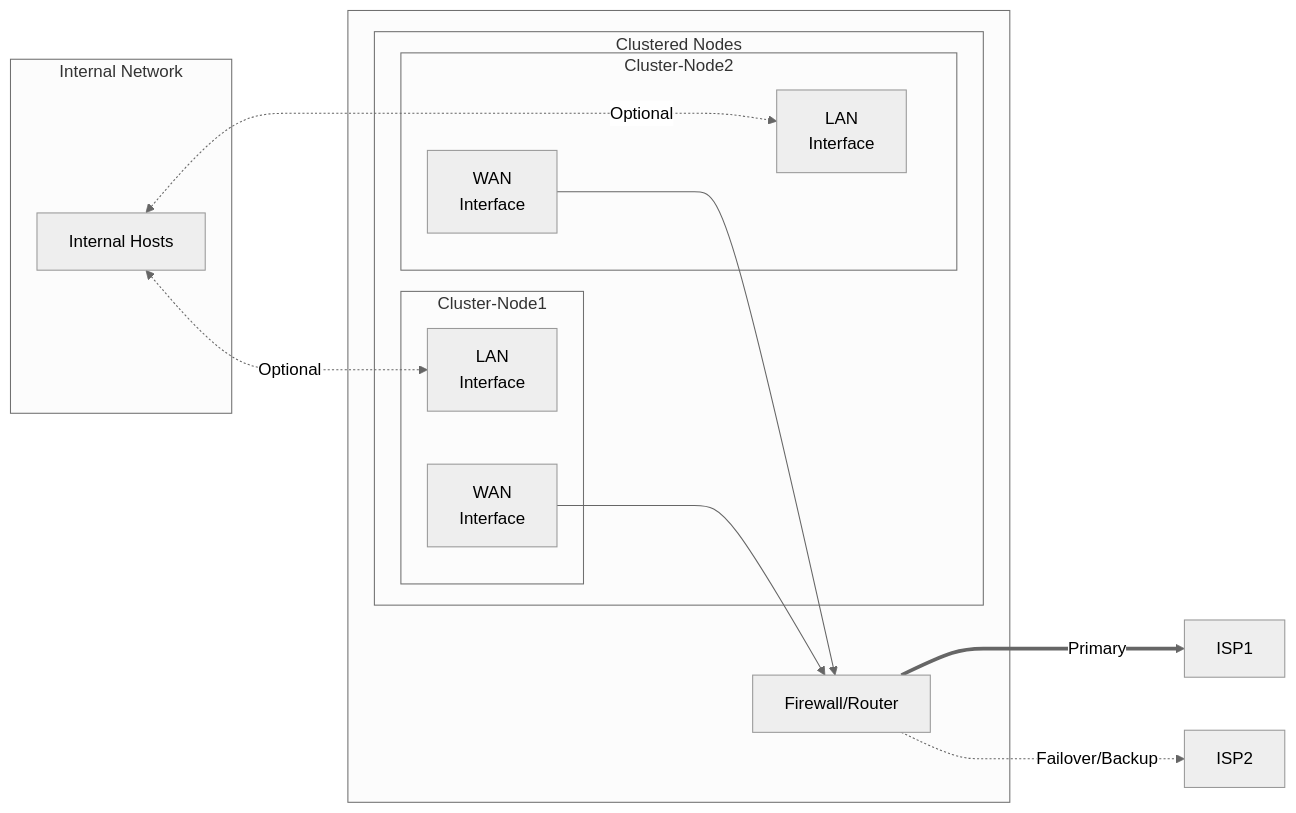
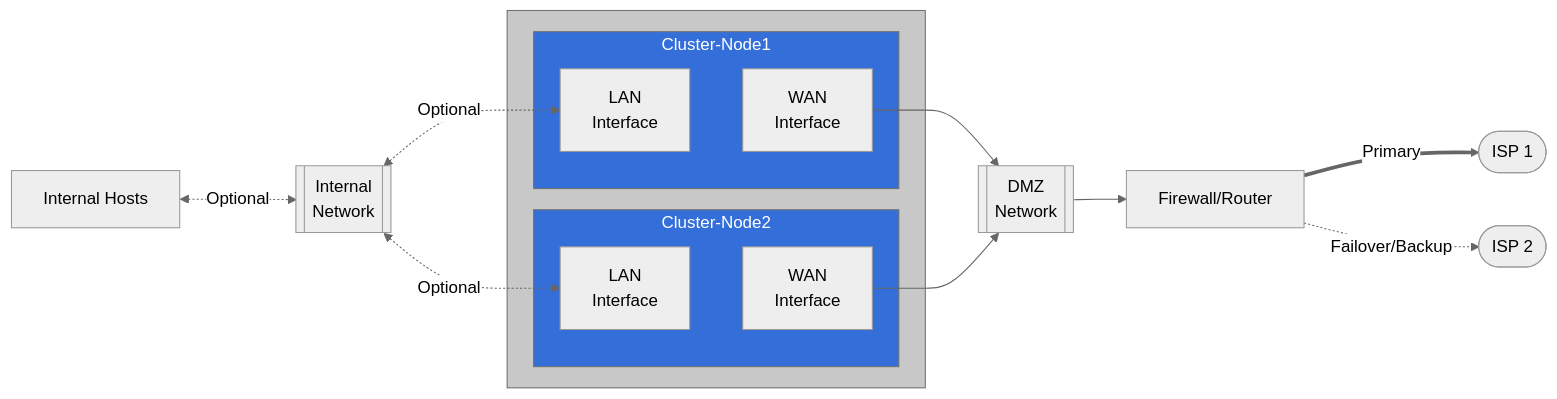
The second of 5 diagrams in content/en/help-center/kb/wan-redunancy/index.md (trustgrid/docs), drawn with Mermaid (neutral theme) before and after one commit. The commit also changed other lines of this file, not shown here.

Commit message:
finalize WAN redundancy

````diff
--- a/content/en/help-center/kb/wan-redunancy/index.md
+++ b/content/en/help-center/kb/wan-redunancy/index.md
@@ -44,24 +51,26 @@
 ``` mermaid
 graph LR
-    subgraph internal[Internal Network]
-       intHost[Internal Hosts]
+    intHost[Internal Hosts]
+    intNet[[Internal\n Network]]
+    intHost <-.Optional.-> intNet <-.Optional.-> cl1LAN & cl2LAN
+    subgraph cluster [" "]
+       subgraph Cluster-Node1
+           cl1WAN[WAN\nInterface]
+           cl1LAN[LAN\nInterface]
+           cl1LAN ~~~ cl1WAN
+       end
+       subgraph Cluster-Node2
+           cl2WAN[WAN\nInterface]
+           cl2LAN[LAN\nInterface]
+           cl2LAN ~~~ cl2WAN
+       end
     end
-    intHost <-.Optional.-> cl1LAN & cl2LAN
-    subgraph dmz [" "]
-        subgraph Clustered Nodes
-           subgraph Cluster-Node1
-               cl1WAN[WAN\nInterface]
-               cl1LAN[LAN\nInterface]
-           end
-           subgraph Cluster-Node2
-               cl2WAN[WAN\nInterface]
-               cl2LAN[LAN\nInterface]
-           end
-           Cluster-Node1 ~~~~ Cluster-Node2
-        end
-        firewall["Firewall/Router"]
-    end
-    firewall == Primary==> ISP1 
-    firewall -. Failover/Backup .-> ISP2
-    cl1WAN & cl2WAN ---> firewall
+    dmzNet[[DMZ\n Network]]    
+    firewall["Firewall/Router"]
+    firewall == Primary==> ISP1([ISP 1])
+    firewall -. Failover/Backup .-> ISP2([ISP 2])
+    cl1WAN & cl2WAN --> dmzNet --> firewall
+    classDef tgnode fill:#346ed9,color:white
+    class Cluster-Node1,Cluster-Node2 tgnode
+    style cluster fill:#c8c8c8
 ```
````
